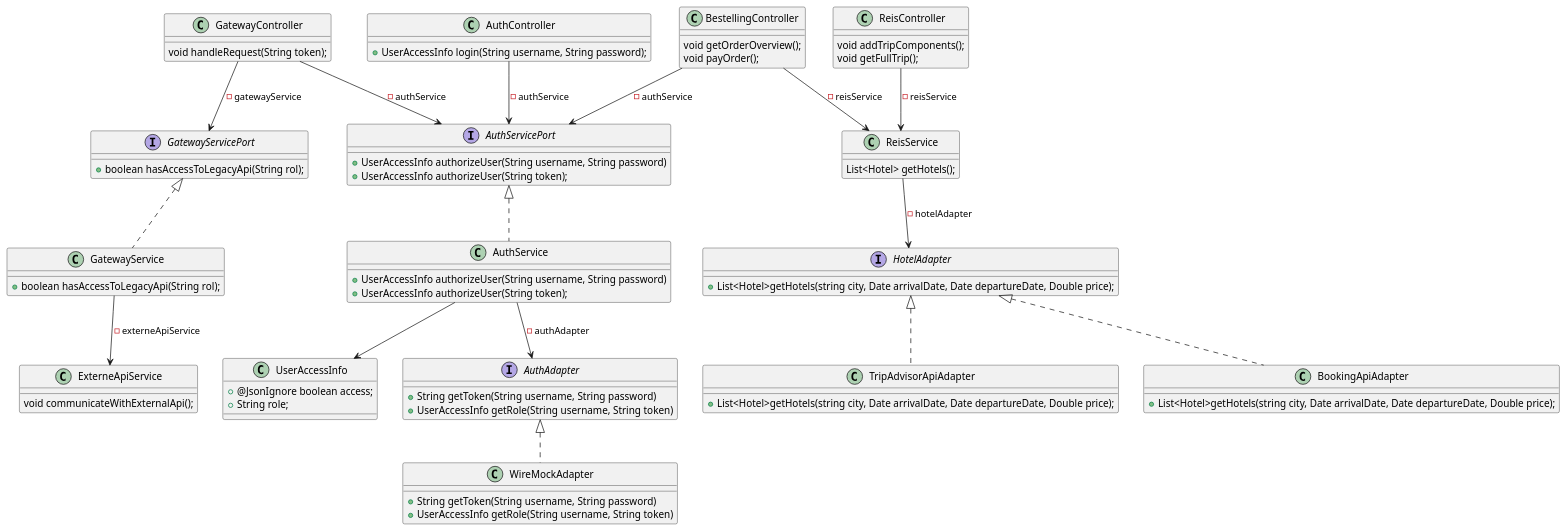
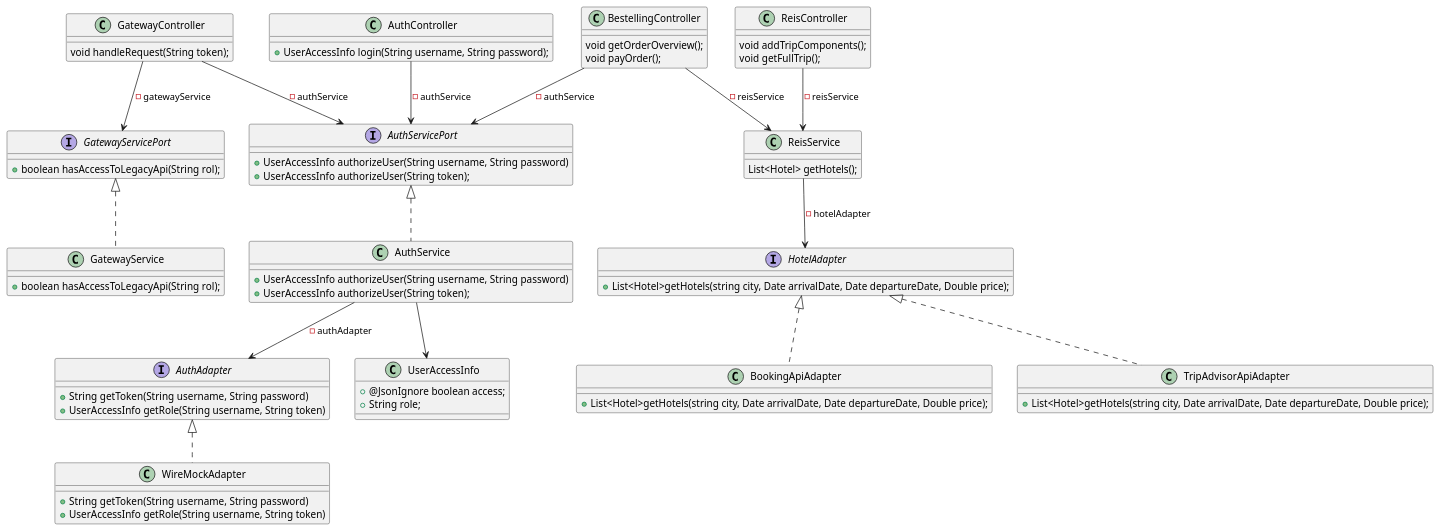
The diagram in opdracht-diagrammen/4Klassen/Backend-classes.puml (AIM-ENE-feb25/triptop-groep-b5), drawn with PlantUML before and after one commit. The commit also changed 18 other files, not shown here.

```diff
--- a/opdracht-diagrammen/4Klassen/Backend-classes.puml
+++ b/opdracht-diagrammen/4Klassen/Backend-classes.puml
@@ -1,100 +1,95 @@
 @startuml
 'left to right direction
 
 ' CONTROLLERS
 class AuthController {
     +UserAccessInfo login(String username, String password);
 }
 
 class ReisController {
     void addTripComponents();
     void getFullTrip();
 }
 
 class BestellingController {
     void getOrderOverview();
     void payOrder();
 }
 
 class GatewayController {
     void handleRequest(String token);
 }
 
 ' SERVICE
 
 interface AuthServicePort {
     +UserAccessInfo authorizeUser(String username, String password)
     +UserAccessInfo authorizeUser(String token);
 }
 
 class AuthService {
     +UserAccessInfo authorizeUser(String username, String password)
     +UserAccessInfo authorizeUser(String token);
 }
 
 interface GatewayServicePort {
     +boolean hasAccessToLegacyApi(String rol);
 }
 
 class GatewayService {
     +boolean hasAccessToLegacyApi(String rol);
 }
 
 class ReisService {
     List<Hotel> getHotels();
 }
 
-class ExterneApiService {
-    void communicateWithExternalApi();
-}
-
 ' CONTROLLER->SERVICE
 AuthController --> AuthServicePort: -authService
 GatewayController --> AuthServicePort: -authService
 AuthServicePort <|.. AuthService
 ReisController --> ReisService: -reisService
 BestellingController --> ReisService: -reisService
 BestellingController --> AuthServicePort: -authService
 GatewayController --> GatewayServicePort: -gatewayService
 GatewayServicePort <|.. GatewayService
-GatewayService --> ExterneApiService: -externeApiService
 
 ' ADAPTERS
 interface AuthAdapter {
     +String getToken(String username, String password)
     +UserAccessInfo getRole(String username, String token)
 }
 
 class WireMockAdapter {
     +String getToken(String username, String password)
     +UserAccessInfo getRole(String username, String token)
 }
 
 AuthService --> AuthAdapter: -authAdapter
 AuthAdapter <|.. WireMockAdapter
 
 interface HotelAdapter {
     +List<Hotel>getHotels(string city, Date arrivalDate, Date departureDate, Double price);
 }
 
 class BookingApiAdapter {
     +List<Hotel>getHotels(string city, Date arrivalDate, Date departureDate, Double price);
 }
 
 class TripAdvisorApiAdapter {
     +List<Hotel>getHotels(string city, Date arrivalDate, Date departureDate, Double price);
 }
 
 ReisService --> HotelAdapter: -hotelAdapter
 HotelAdapter <|.. BookingApiAdapter
 HotelAdapter <|.. TripAdvisorApiAdapter
 
 
 class UserAccessInfo {
     +@JsonIgnore boolean access;
     +String role;
 }
 
 AuthService --> UserAccessInfo
 
 @enduml
```
